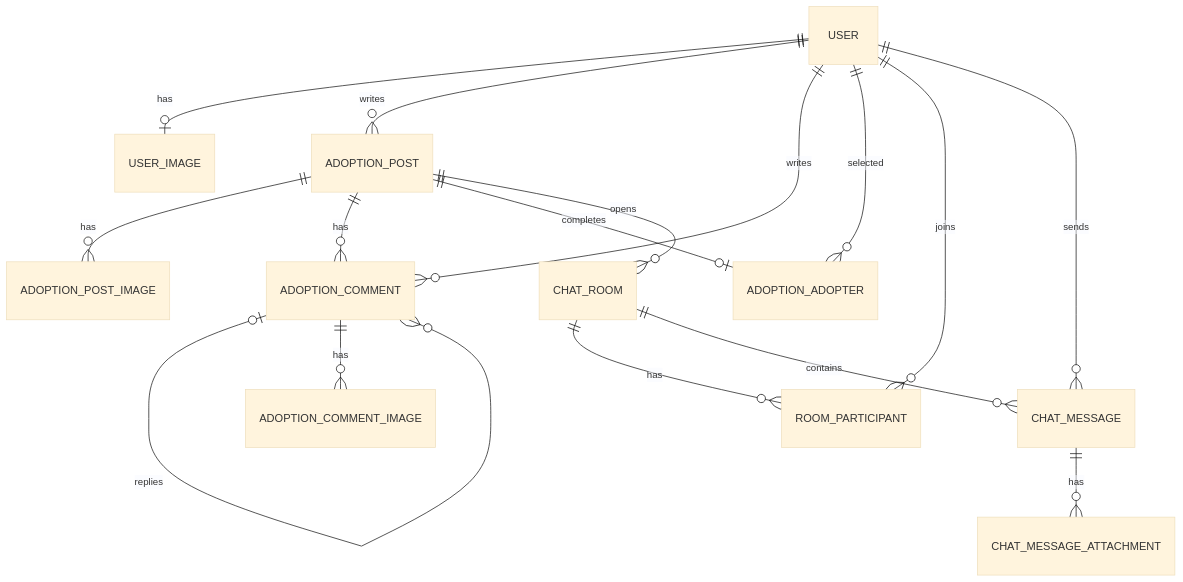
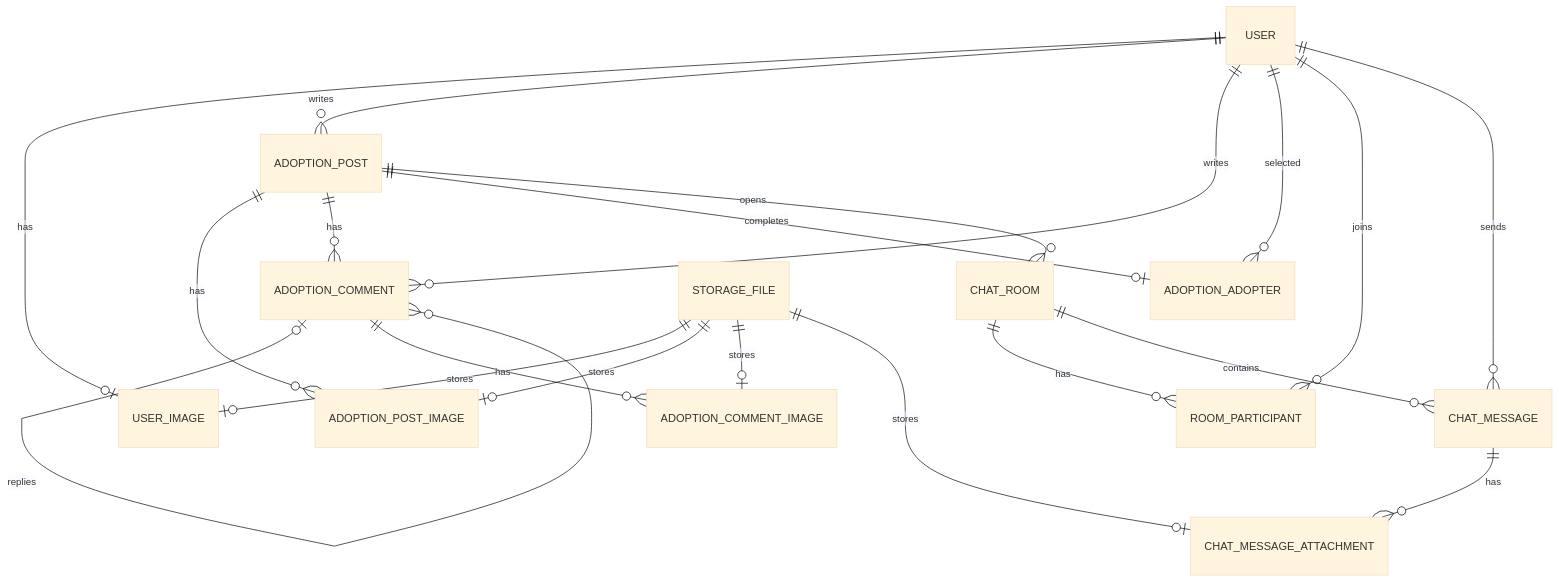
Before and after one commit to RGB234/marigold_server: the third of 4 diagrams in docs/architecture.md, drawn with Mermaid (base theme). The commit also changed other lines of this file and 43 other files, not shown here.

````diff
--- a/docs/architecture.md
+++ b/docs/architecture.md
@@ -92,18 +92,22 @@
 ```mermaid
 erDiagram
     USER ||--o| USER_IMAGE : has
     USER ||--o{ ADOPTION_POST : writes
     USER ||--o{ ADOPTION_COMMENT : writes
     ADOPTION_POST ||--o{ ADOPTION_POST_IMAGE : has
     ADOPTION_POST ||--o{ ADOPTION_COMMENT : has
     ADOPTION_COMMENT |o--o{ ADOPTION_COMMENT : replies
     ADOPTION_COMMENT ||--o{ ADOPTION_COMMENT_IMAGE : has
     ADOPTION_POST ||--o| ADOPTION_ADOPTER : completes
     USER ||--o{ ADOPTION_ADOPTER : selected
     ADOPTION_POST ||--o{ CHAT_ROOM : opens
     CHAT_ROOM ||--o{ ROOM_PARTICIPANT : has
     USER ||--o{ ROOM_PARTICIPANT : joins
     CHAT_ROOM ||--o{ CHAT_MESSAGE : contains
     USER ||--o{ CHAT_MESSAGE : sends
     CHAT_MESSAGE ||--o{ CHAT_MESSAGE_ATTACHMENT : has
+    STORAGE_FILE ||--o| USER_IMAGE : stores
+    STORAGE_FILE ||--o| ADOPTION_POST_IMAGE : stores
+    STORAGE_FILE ||--o| ADOPTION_COMMENT_IMAGE : stores
+    STORAGE_FILE ||--o| CHAT_MESSAGE_ATTACHMENT : stores
 ```
````
